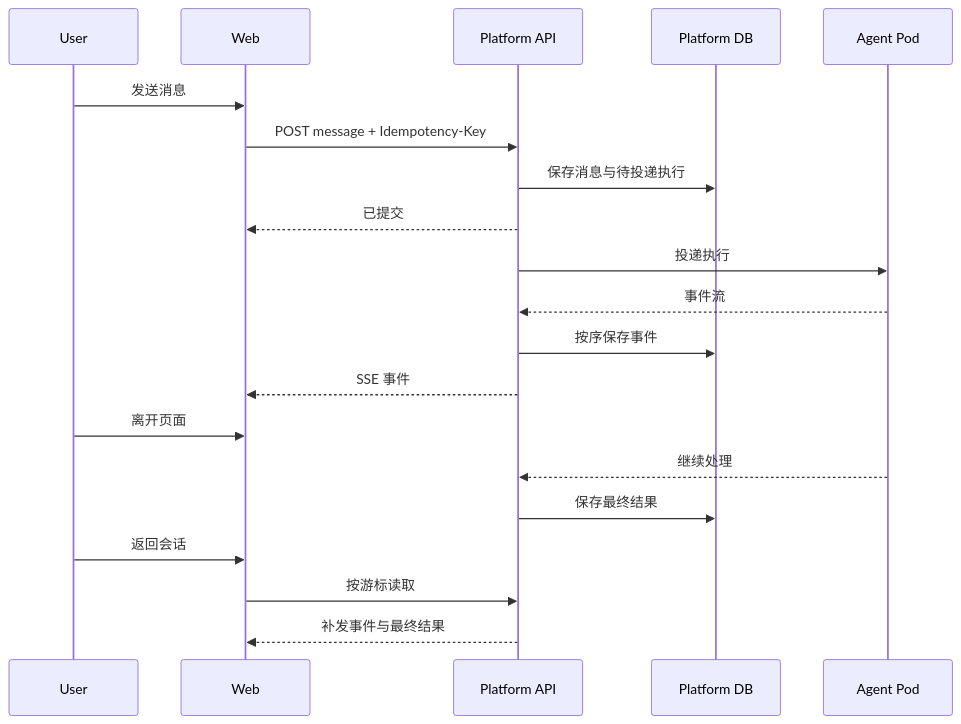
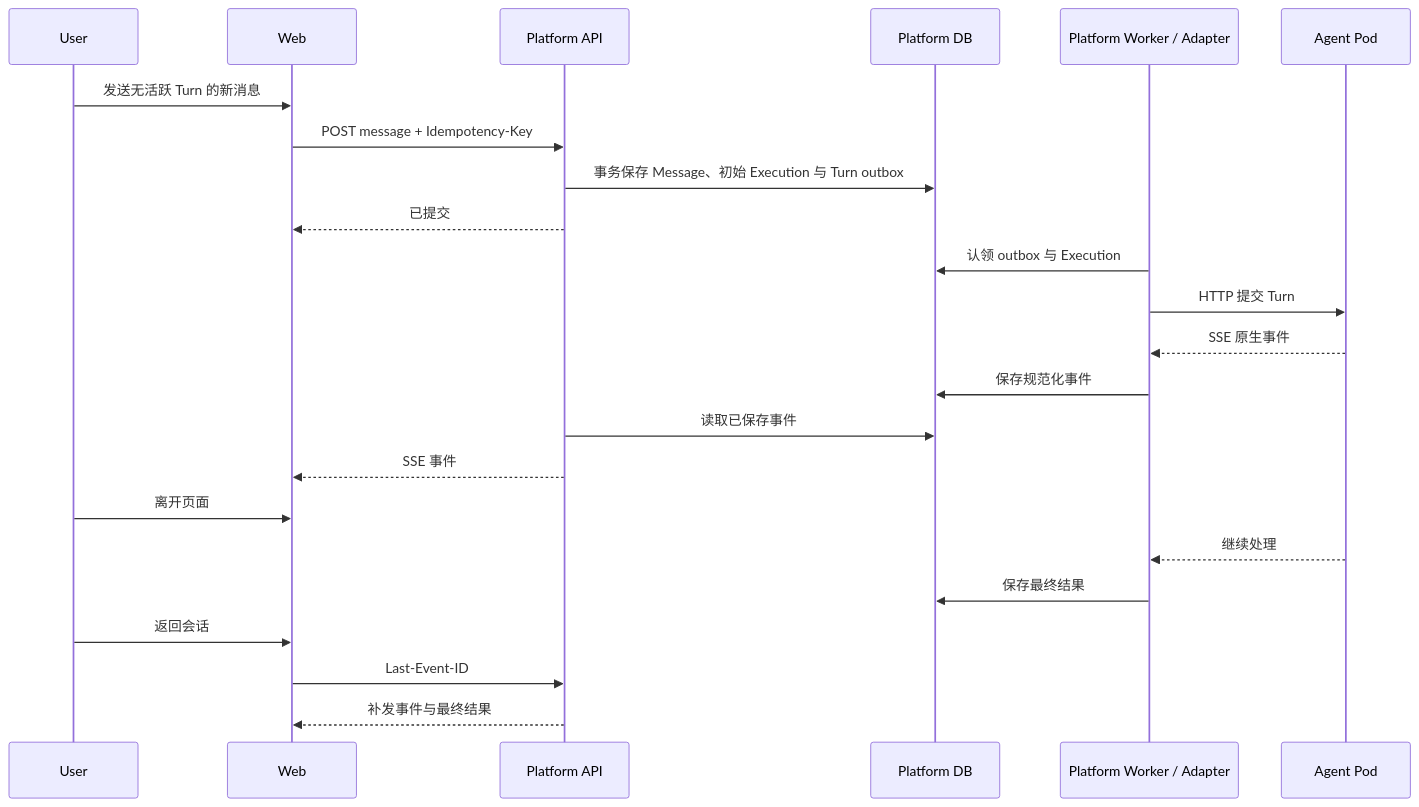
Before and after one commit to AgoraIO-Extensions/agent-infra: the second of 3 diagrams in docs/architecture/SPEC-agent-infra-M1-engineering-architecture.md, drawn with Mermaid. The commit also changed other lines of this file and 3 other files, not shown here.

First line of the commit message:
docs: align M1 agent runtime architecture (#136)

````diff
--- a/docs/architecture/SPEC-agent-infra-M1-engineering-architecture.md
+++ b/docs/architecture/SPEC-agent-infra-M1-engineering-architecture.md
@@ -407,23 +415,26 @@
 ```mermaid
 sequenceDiagram
     participant U as User
     participant W as Web
     participant P as Platform API
     participant D as Platform DB
+    participant A as Platform Worker / Adapter
     participant R as Agent Pod
 
-    U->>W: 发送消息
+    U->>W: 发送无活跃 Turn 的新消息
     W->>P: POST message + Idempotency-Key
-    P->>D: 保存消息与待投递执行
+    P->>D: 事务保存 Message、初始 Execution 与 Turn outbox
     P-->>W: 已提交
-    P->>R: 投递执行
-    R-->>P: 事件流
-    P->>D: 按序保存事件
+    A->>D: 认领 outbox 与 Execution
+    A->>R: HTTP 提交 Turn
+    R-->>A: SSE 原生事件
+    A->>D: 保存规范化事件
+    P->>D: 读取已保存事件
     P-->>W: SSE 事件
     U->>W: 离开页面
-    R-->>P: 继续处理
-    P->>D: 保存最终结果
+    R-->>A: 继续处理
+    A->>D: 保存最终结果
     U->>W: 返回会话
-    W->>P: 按游标读取
+    W->>P: Last-Event-ID
     P-->>W: 补发事件与最终结果
 ```
````
